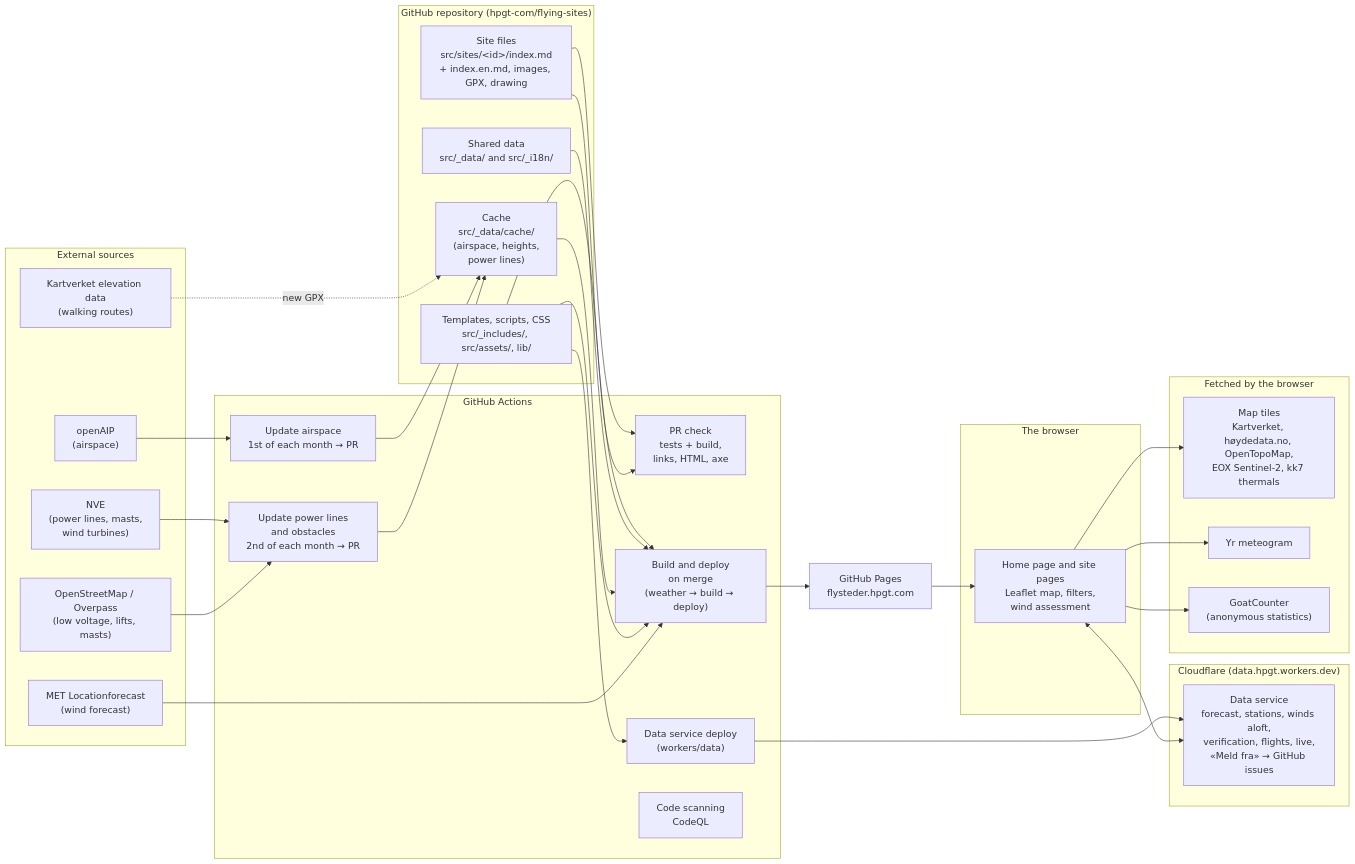
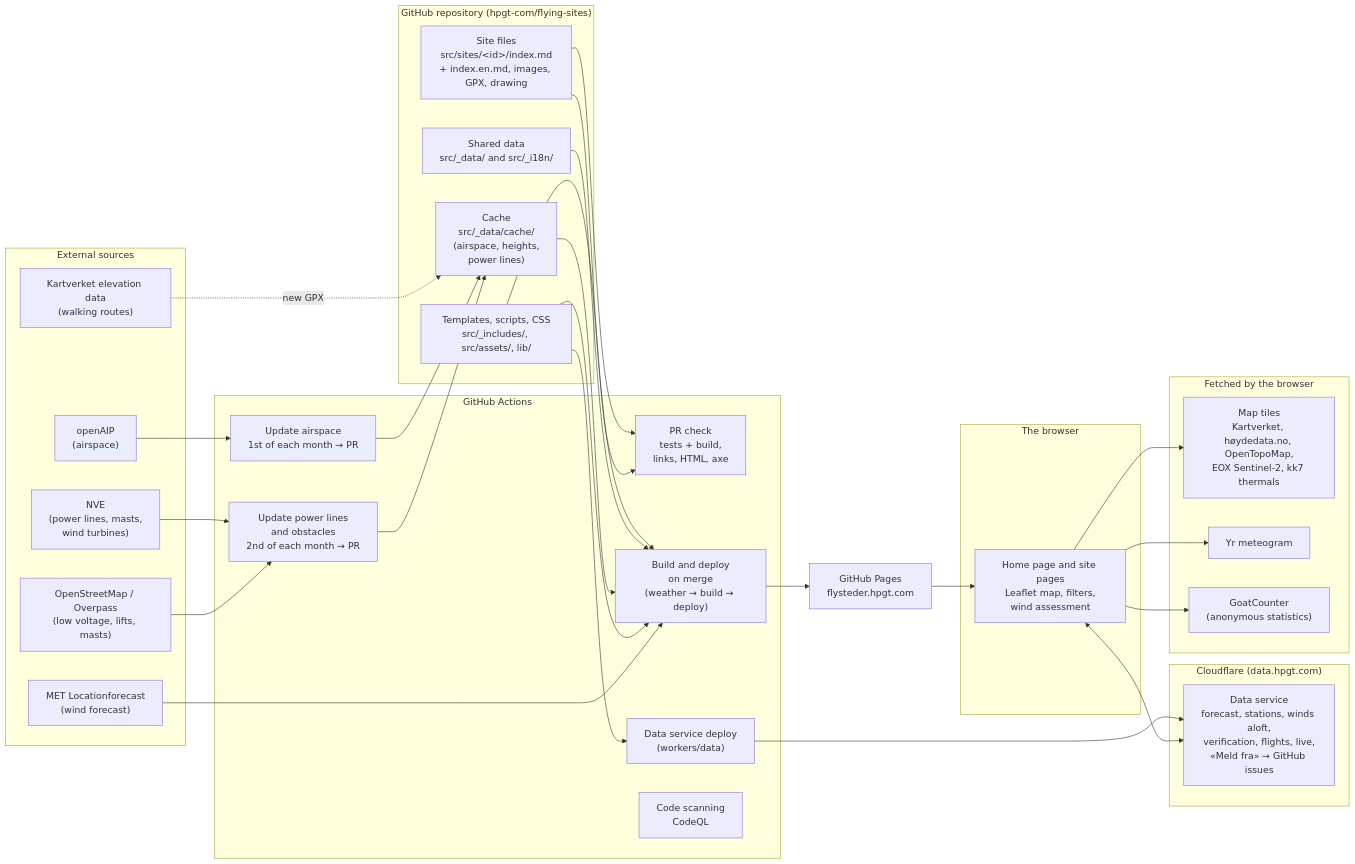
One commit to hpgt-com/flying-sites changed the first of 7 diagrams in docs/architecture.md. Above: the diagram before and after it, drawn with Mermaid. The commit also changed other lines of this file and 8 other files, not shown here.

First line of the commit message:
Siden, sjekkene og workflowene bruker data.hpgt.com (#294)

````diff
--- a/docs/architecture.md
+++ b/docs/architecture.md
@@ -15,53 +15,53 @@
 ```mermaid
 flowchart LR
   subgraph repo["GitHub repository (hpgt-com/flying-sites)"]
     sites["Site files<br/>src/sites/&lt;id&gt;/index.md<br/>+ index.en.md, images, GPX, drawing"]
     data["Shared data<br/>src/_data/ and src/_i18n/"]
     cache["Cache<br/>src/_data/cache/<br/>(airspace, heights,<br/>power lines)"]
     code["Templates, scripts, CSS<br/>src/_includes/, src/assets/, lib/"]
   end
 
   subgraph actions["GitHub Actions"]
     prcheck["PR check<br/>tests + build,<br/>links, HTML, axe"]
     deploy["Build and deploy<br/>on merge<br/>(weather → build → deploy)"]
     airspace["Update airspace<br/>1st of each month → PR"]
     obstacles["Update power lines<br/>and obstacles<br/>2nd of each month → PR"]
     dataworker["Data service deploy<br/>(workers/data)"]
     scan["Code scanning<br/>CodeQL"]
   end
 
   subgraph ext["External sources"]
     met["MET Locationforecast<br/>(wind forecast)"]
     kv["Kartverket elevation data<br/>(walking routes)"]
     oaip["openAIP<br/>(airspace)"]
     nve["NVE<br/>(power lines, masts,<br/>wind turbines)"]
     osm["OpenStreetMap / Overpass<br/>(low voltage, lifts, masts)"]
   end
 
-  subgraph cf["Cloudflare (data.hpgt.workers.dev)"]
+  subgraph cf["Cloudflare (data.hpgt.com)"]
     worker["Data service<br/>forecast, stations, winds aloft,<br/>verification, flights, live,<br/>«Meld fra» → GitHub issues"]
   end
 
   pages["GitHub Pages<br/>flysteder.hpgt.com"]
 
   subgraph browser["The browser"]
     ui["Home page and site pages<br/>Leaflet map, filters,<br/>wind assessment"]
   end
 
   subgraph runtime["Fetched by the browser"]
     tiles["Map tiles<br/>Kartverket, høydedata.no, OpenTopoMap,<br/>EOX Sentinel-2, kk7 thermals"]
     yr["Yr meteogram"]
     gc["GoatCounter<br/>(anonymous statistics)"]
   end
 
   sites & data & cache & code --> deploy
   sites & code --> prcheck
   met --> deploy
   kv -. "new GPX" .-> cache
   oaip --> airspace --> cache
   nve & osm --> obstacles --> cache
   code --> dataworker --> worker
   deploy --> pages --> ui
   ui --> tiles & yr & gc
   ui <--> worker
 ```
````
